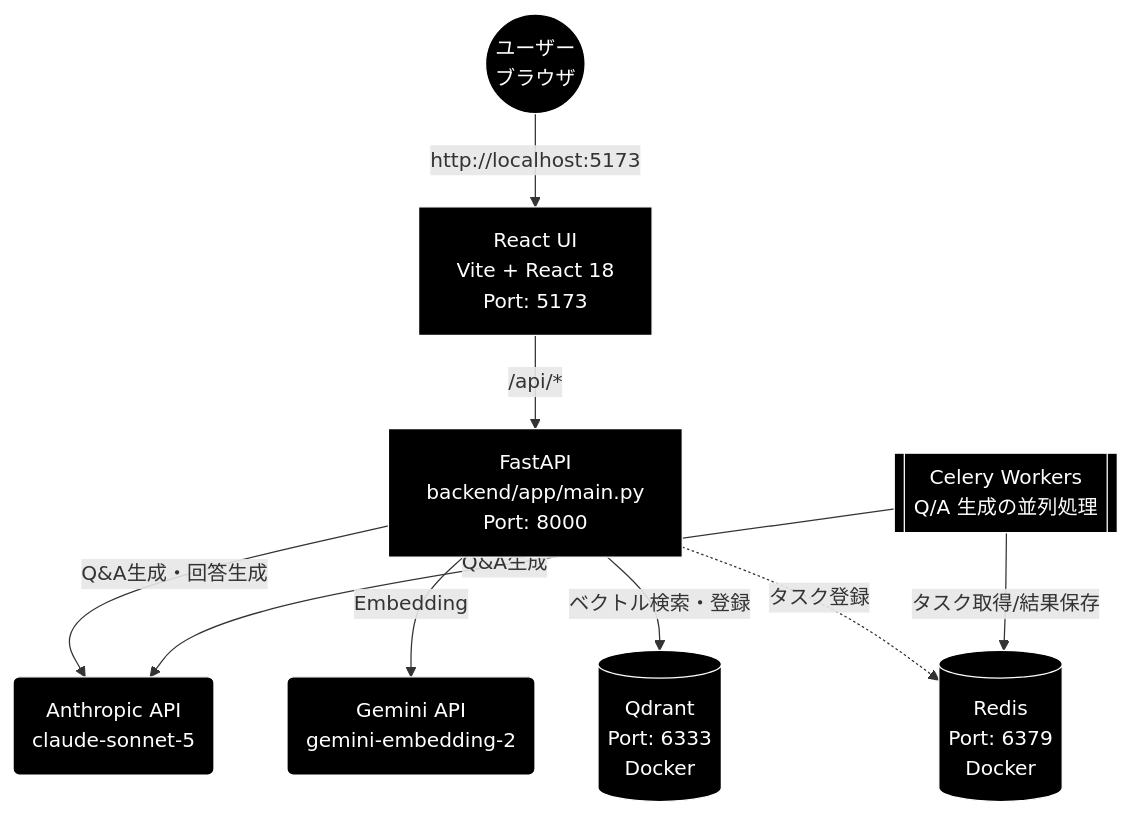
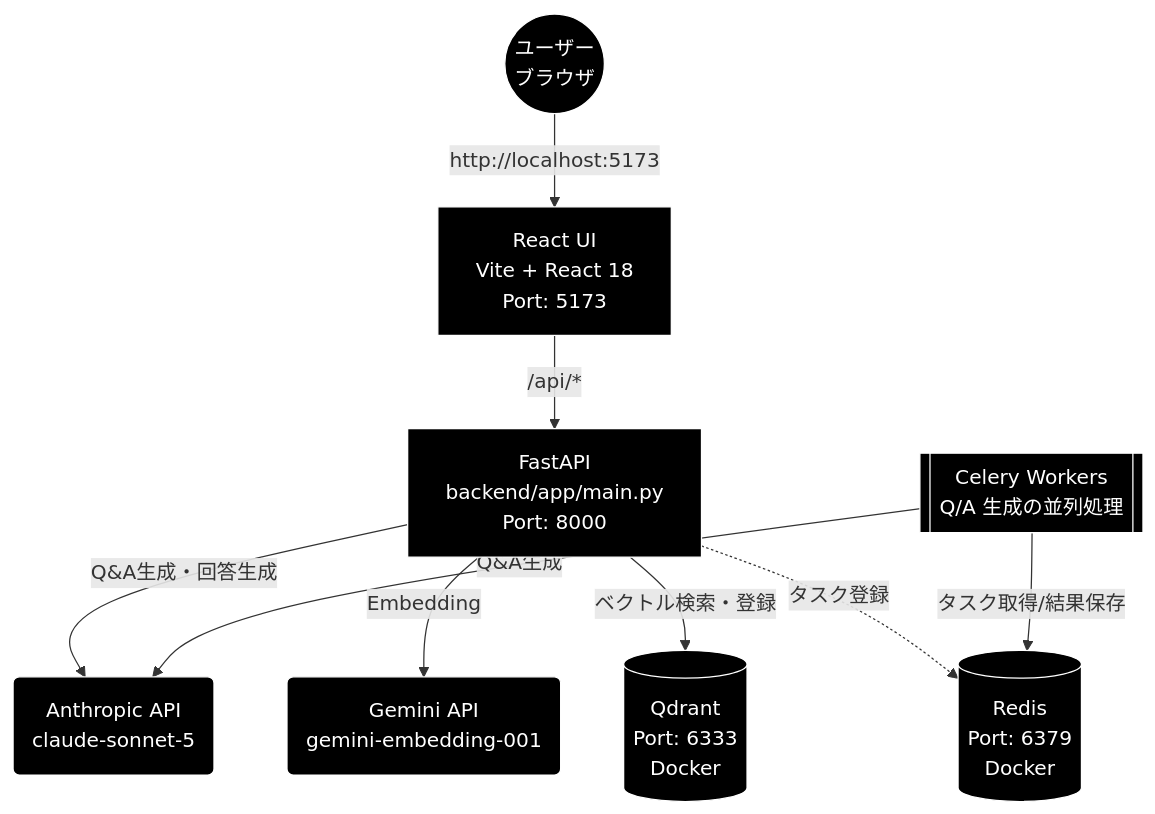
Before and after one commit to nakashima2toshio/grace_v2: the diagram in qa_qdrant/docs/01_install.md, drawn with Mermaid. The commit also changed other lines of this file and 56 other files, not shown here.

First line of the commit message:
revert: Embedding を gemini-embedding-001 に戻す（Qdrant の再登録を不要にする）

````diff
--- a/qa_qdrant/docs/01_install.md
+++ b/qa_qdrant/docs/01_install.md
@@ -76,15 +76,15 @@
 ```mermaid
 graph TD
     User((ユーザー<br>ブラウザ)) -->|http://localhost:5173| React[React UI<br>Vite + React 18<br>Port: 5173]
     React -->|/api/*| API[FastAPI<br>backend/app/main.py<br>Port: 8000]
     API -->|Q&A生成・回答生成| Anthropic(Anthropic API<br>claude-sonnet-5)
-    API -->|Embedding| Gemini(Gemini API<br>gemini-embedding-2)
+    API -->|Embedding| Gemini(Gemini API<br>gemini-embedding-001)
     API -->|ベクトル検索・登録| Qdrant[(Qdrant<br>Port: 6333<br>Docker)]
     API -.->|タスク登録| Redis[(Redis<br>Port: 6379<br>Docker)]
     Celery[[Celery Workers<br>Q/A 生成の並列処理]]
     Celery -->|タスク取得/結果保存| Redis
     Celery -->|Q&A生成| Anthropic
 classDef default fill:#000,stroke:#fff,color:#fff
 classDef subgraphStyle fill:#1a1a1a,stroke:#fff,color:#fff
 class User,React,API,Anthropic,Gemini,Qdrant,Redis,Celery default
 ```
````
